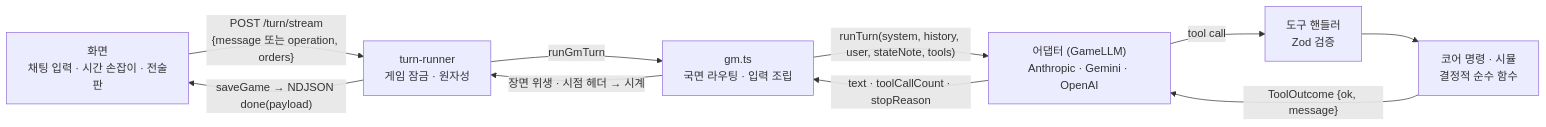
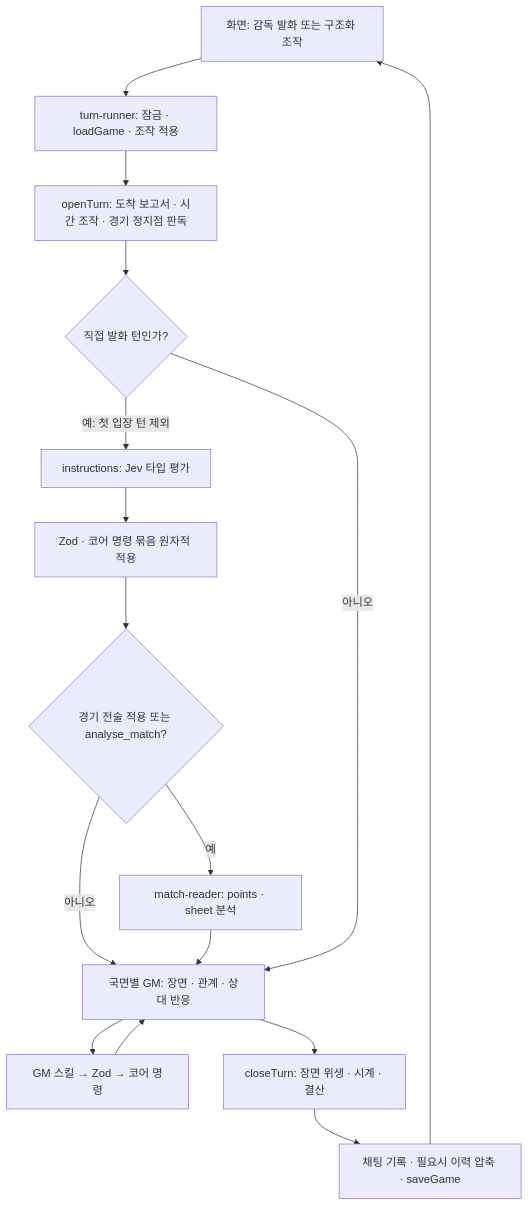
The diagram in docs/common/llm/pipeline.md (dhoonjang/gaffer), drawn with Mermaid before and after one commit. The commit also changed other lines of this file and 7 other files, not shown here.

Commit message:
docs(llm): define Jev instructions and experience agent responsibilities

````diff
--- a/docs/common/llm/pipeline.md
+++ b/docs/common/llm/pipeline.md
@@ -13,18 +13,18 @@
 ```mermaid
-flowchart LR
-  UI["화면<br/>채팅 입력 · 시간 손잡이 · 전술판"]
-  API["turn-runner<br/>게임 잠금 · 원자성"]
-  GM["gm.ts<br/>국면 라우팅 · 입력 조립"]
-  LLM["어댑터 (GameLLM)<br/>Anthropic · Gemini · OpenAI"]
-  TOOLS["도구 핸들러<br/>Zod 검증"]
-  CORE["코어 명령 · 시뮬<br/>결정적 순수 함수"]
-  UI -->|"POST /turn/stream<br/>{message 또는 operation, orders}"| API
-  API -->|runGmTurn| GM
-  GM -->|"runTurn(system, history, user, stateNote, tools)"| LLM
-  LLM -->|tool call| TOOLS
-  TOOLS --> CORE
-  CORE -->|"ToolOutcome {ok, message}"| LLM
-  LLM -->|"text · toolCallCount · stopReason"| GM
-  GM -->|"장면 위생 · 시점 헤더 → 시계"| API
-  API -->|"saveGame → NDJSON done(payload)"| UI
+flowchart TD
+  UI["화면: 감독 발화 또는 구조화 조작"] --> TR["turn-runner: 잠금 · loadGame · 조작 적용"]
+  TR --> OPEN["openTurn: 도착 보고서 · 시간 조작 · 경기 정지점 판독"]
+  OPEN --> CHECK{"직접 발화 턴인가?"}
+  CHECK -->|"예: 첫 입장 턴 제외"| EVAL["instructions: Jev 타입 평가"]
+  EVAL --> Z["Zod · 코어 명령 묶음 원자적 적용"]
+  Z --> READ{"경기 전술 적용 또는 analyse_match?"}
+  READ -->|예| READER["match-reader: points · sheet 분석"]
+  READ -->|아니오| GM
+  READER --> GM["국면별 GM: 장면 · 관계 · 상대 반응"]
+  CHECK -->|아니오| GM
+  GM --> TOOL["GM 스킬 → Zod → 코어 명령"]
+  TOOL --> GM
+  GM --> CLOSE["closeTurn: 장면 위생 · 시계 · 결산"]
+  CLOSE --> SAVE["채팅 기록 · 필요시 이력 압축 · saveGame"]
+  SAVE --> UI
 ```
````
